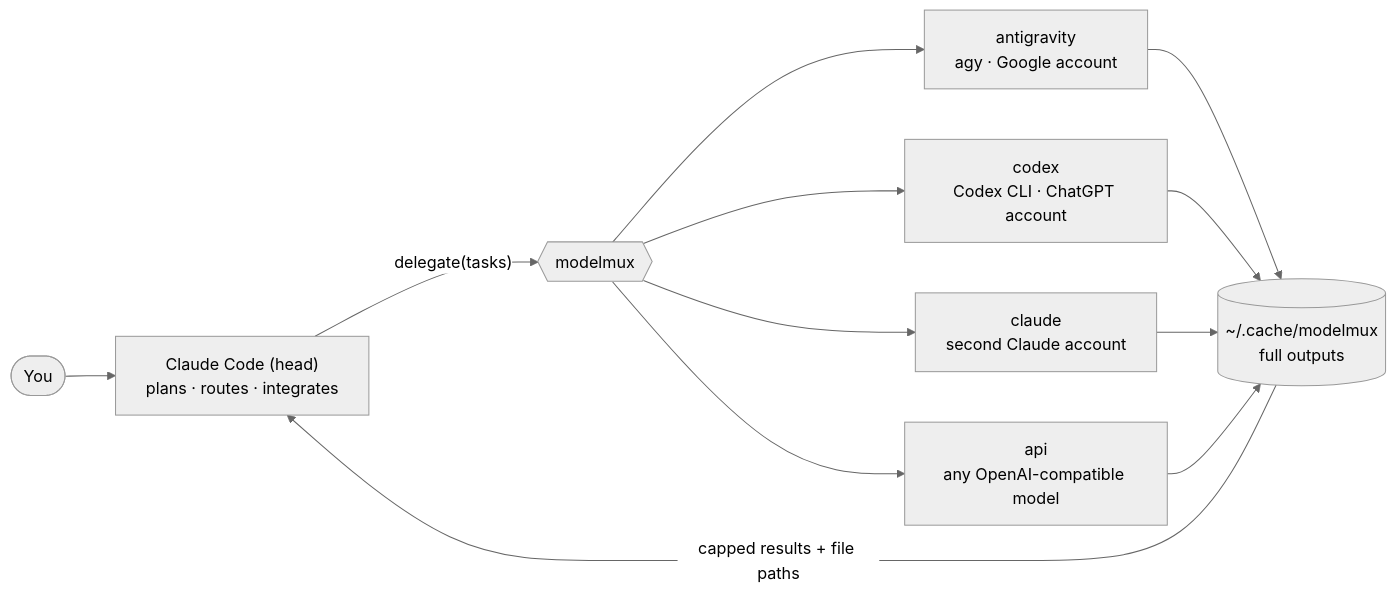
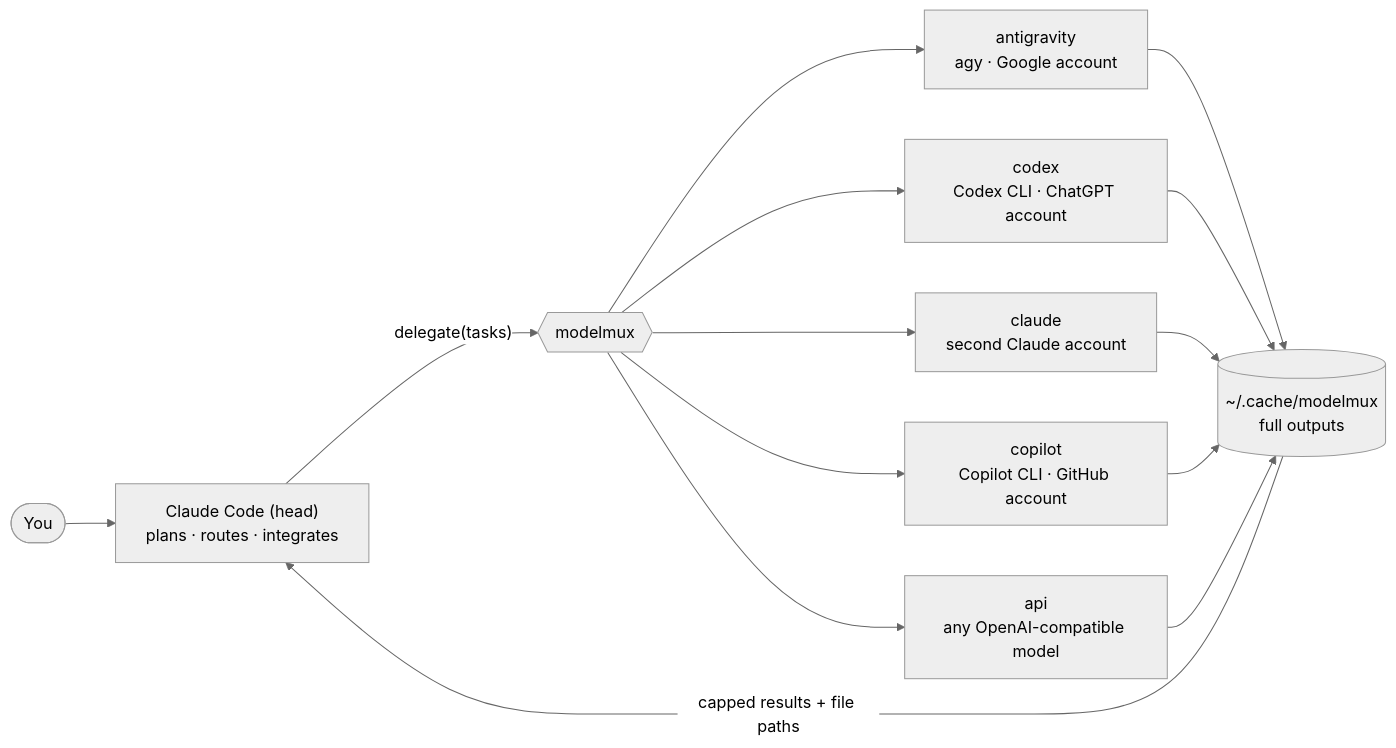
The diagram in README.md (JayPokale/farmout), drawn with Mermaid (neutral theme) before and after one commit. The commit also changed other lines of this file and 11 other files, not shown here.

````diff
--- a/README.md
+++ b/README.md
@@ -24,11 +25,12 @@
 ```mermaid
 flowchart LR
     you([You]) --> head["Claude Code (head)<br/>plans · routes · integrates"]
     head -- "delegate(tasks)" --> mux{{modelmux}}
     mux --> ag["antigravity<br/>agy · Google account"]
     mux --> cx["codex<br/>Codex CLI · ChatGPT account"]
     mux --> cl["claude<br/>second Claude account"]
+    mux --> cp["copilot<br/>Copilot CLI · GitHub account"]
     mux --> oa["api<br/>any OpenAI-compatible model"]
-    ag & cx & cl & oa --> disk[("~/.cache/modelmux<br/>full outputs")]
+    ag & cx & cl & cp & oa --> disk[("~/.cache/modelmux<br/>full outputs")]
     disk -- "capped results + file paths" --> head
 ```
````
